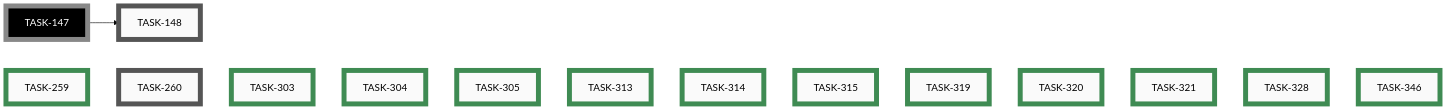
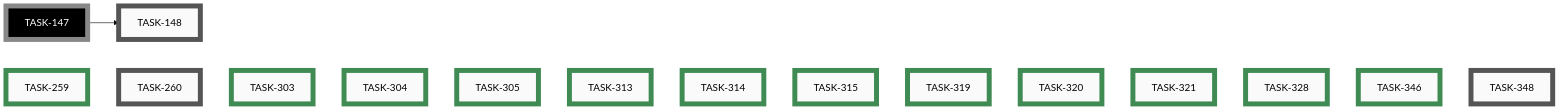
One commit to tgd1975/AwesomeStudioPedal changed the tenth of 10 diagrams in docs/developers/tasks/EPICS.md. Above: the diagram before and after it, drawn with Mermaid (base theme). The commit also changed other lines of this file and 3 other files, not shown here.

First line of the commit message:
add TASK-348: Derive clang-tidy lint set from compile_commands.json

````diff
--- a/docs/developers/tasks/EPICS.md
+++ b/docs/developers/tasks/EPICS.md
@@ -398,42 +398,44 @@
 ```mermaid
 graph LR
     TASK_148["TASK-148"]:::open
     TASK_260["TASK-260"]:::open
+    TASK_348["TASK-348"]:::open
     TASK_259["TASK-259"]:::closed
     TASK_303["TASK-303"]:::closed
     TASK_304["TASK-304"]:::closed
     TASK_305["TASK-305"]:::closed
     TASK_313["TASK-313"]:::closed
     TASK_314["TASK-314"]:::closed
     TASK_315["TASK-315"]:::closed
     TASK_319["TASK-319"]:::closed
     TASK_320["TASK-320"]:::closed
     TASK_321["TASK-321"]:::closed
     TASK_328["TASK-328"]:::closed
     TASK_346["TASK-346"]:::closed
     TASK_147["TASK-147"]:::openExt
     TASK_147 --> TASK_148
-    TASK_259 ~~~ TASK_260 ~~~ TASK_303 ~~~ TASK_304 ~~~ TASK_305 ~~~ TASK_313 ~~~ TASK_314 ~~~ TASK_315 ~~~ TASK_319 ~~~ TASK_320 ~~~ TASK_321 ~~~ TASK_328 ~~~ TASK_346
+    TASK_259 ~~~ TASK_260 ~~~ TASK_303 ~~~ TASK_304 ~~~ TASK_305 ~~~ TASK_313 ~~~ TASK_314 ~~~ TASK_315 ~~~ TASK_319 ~~~ TASK_320 ~~~ TASK_321 ~~~ TASK_328 ~~~ TASK_346 ~~~ TASK_348
     click TASK_148 "open/task-148-reorganise-developer-documentation.md"
     click TASK_260 "open/task-260-unify-version-numbers-across-deliverables.md"
+    click TASK_348 "open/task-348-derive-clang-tidy-set-from-compile-commands.md"
     click TASK_259 "closed/task-259-android-app-test-protocol.md"
     click TASK_303 "closed/task-303-simulator-boots-with-demo-loaded.md"
     click TASK_304 "closed/task-304-simulator-button-no-hover-reaction.md"
     click TASK_305 "closed/task-305-add-category-field-to-ideas.md"
     click TASK_313 "closed/task-313-emoji-icons-for-idea-categories.md"
     click TASK_314 "closed/task-314-nbsp-between-icon-and-category.md"
     click TASK_315 "closed/task-315-idea-sub-file-naming-convention.md"
     click TASK_319 "closed/task-319-remove-wireviz-precommit-block.md"
     click TASK_320 "closed/task-320-remove-ble-flag-precommit-check.md"
     click TASK_321 "closed/task-321-fix-ci-failures-mermaid-clang-tidy.md"
     click TASK_328 "closed/task-328-prevent-parallel-housekeep-execution.md"
     click TASK_346 "closed/task-346-content-sensitive-precommit-checks.md"
     classDef open    fill:#FAFAFA,stroke:#555,stroke-width:8px,color:#000
     classDef active  fill:#FAFAFA,stroke:#1A6FA8,stroke-width:8px,color:#000
     classDef closed  fill:#FAFAFA,stroke:#3F8B53,stroke-width:8px,color:#000
     classDef paused  fill:#FAFAFA,stroke:#B07810,stroke-width:8px,color:#000
     classDef openExt    fill:#000,stroke:#888,stroke-width:8px,color:#FFF
     classDef activeExt  fill:#000,stroke:#3FA9F5,stroke-width:8px,color:#FFF
     classDef closedExt  fill:#000,stroke:#7CC68A,stroke-width:8px,color:#FFF
     classDef pausedExt  fill:#000,stroke:#F0B030,stroke-width:8px,color:#FFF
 ```
````
